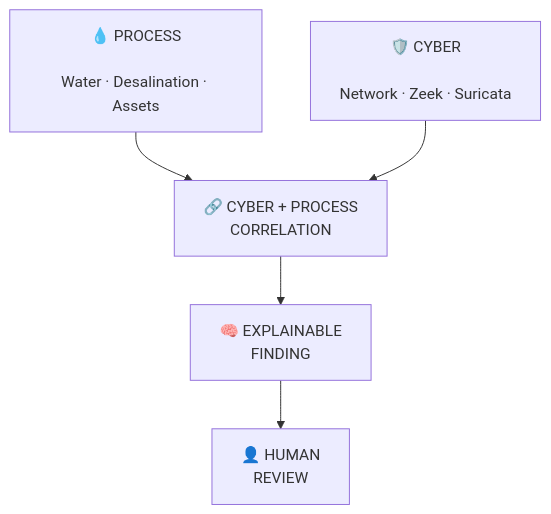
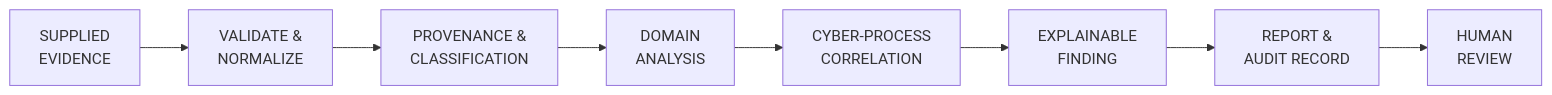
One commit to HaziqBinAfzal/AquaVigil changed the fifth of 8 diagrams in README.md. Above: the diagram before and after it, drawn with Mermaid. The commit also changed other lines of this file, not shown here.

````diff
--- a/README.md
+++ b/README.md
@@ -410,18 +666,27 @@
 ```mermaid
-flowchart TB
+flowchart LR
 
-    A["💧 PROCESS<br/><br/>Water · Desalination · Assets"]
+    FILE["SUPPLIED<br/>EVIDENCE"]
 
-    B["🛡️ CYBER<br/><br/>Network · Zeek · Suricata"]
+    VALIDATE["VALIDATE &<br/>NORMALIZE"]
 
-    C["🔗 CYBER + PROCESS<br/>CORRELATION"]
+    PROV["PROVENANCE &<br/>CLASSIFICATION"]
 
-    D["🧠 EXPLAINABLE<br/>FINDING"]
+    ANALYZE["DOMAIN<br/>ANALYSIS"]
 
-    E["👤 HUMAN<br/>REVIEW"]
+    CORR["CYBER-PROCESS<br/>CORRELATION"]
 
-    A --> C
-    B --> C
-    C --> D
-    D --> E
+    FIND["EXPLAINABLE<br/>FINDING"]
+
+    REPORT["REPORT &<br/>AUDIT RECORD"]
+
+    HUMAN["HUMAN<br/>REVIEW"]
+
+    FILE --> VALIDATE
+    VALIDATE --> PROV
+    PROV --> ANALYZE
+    ANALYZE --> CORR
+    CORR --> FIND
+    FIND --> REPORT
+    REPORT --> HUMAN
 ```
````
